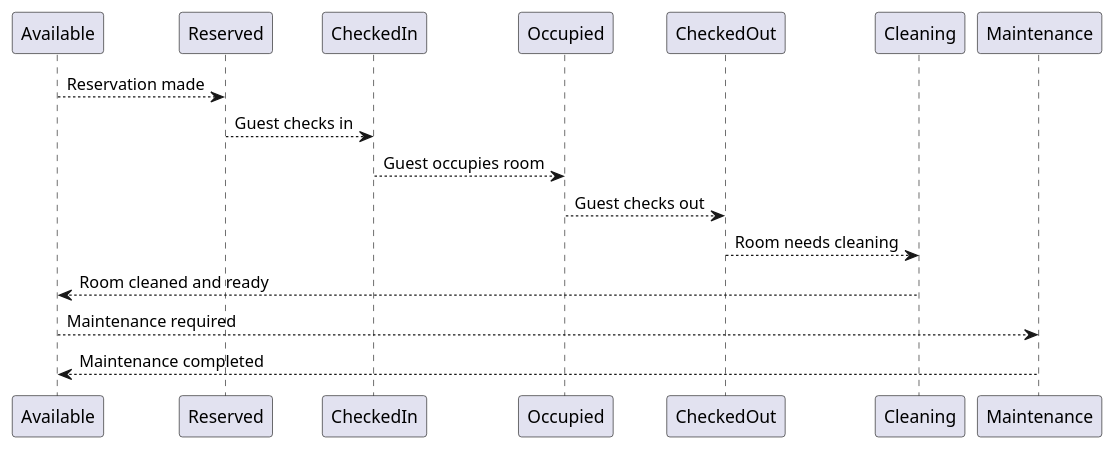
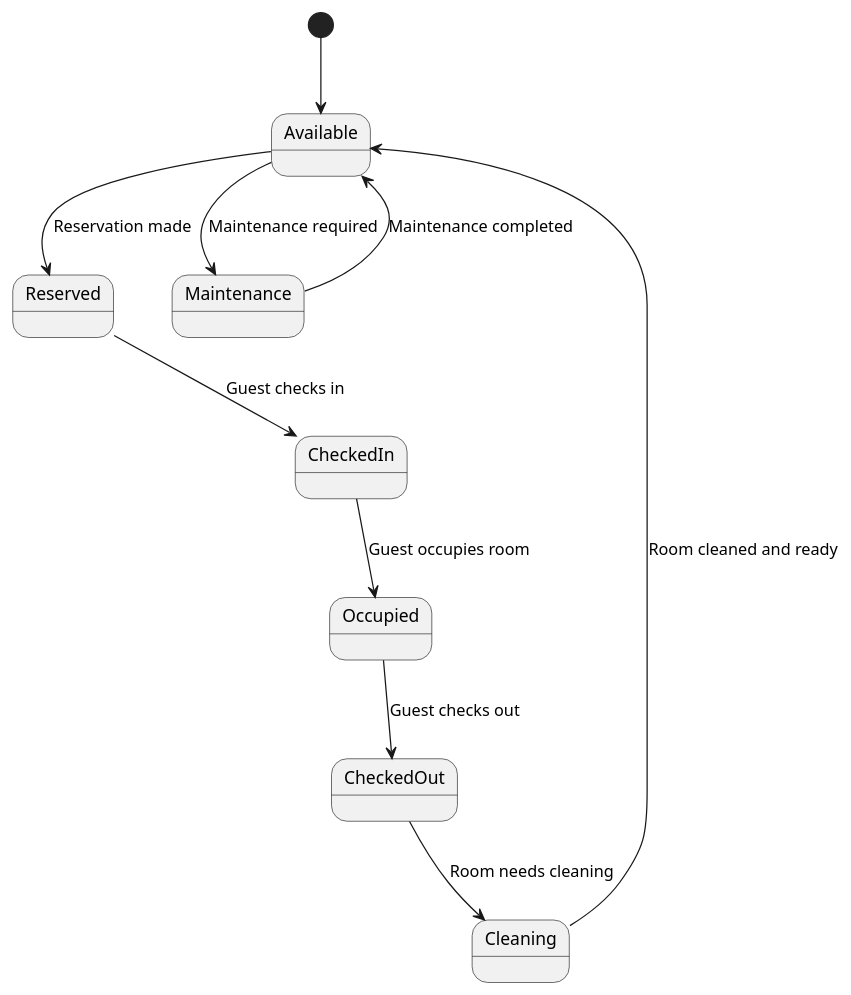
One commit to N-das/Hotel-UML-diagram changed the diagram in Hote.state.puml. Above: the diagram before and after it, drawn with PlantUML.

```diff
--- a/Hote.state.puml
+++ b/Hote.state.puml
@@ -1,13 +1,13 @@
 @startuml
-' [*] --> Available
+[*] --> Available
 
 Available --> Reserved : Reservation made
 Reserved --> CheckedIn : Guest checks in
 CheckedIn --> Occupied : Guest occupies room
 Occupied --> CheckedOut : Guest checks out
 CheckedOut --> Cleaning : Room needs cleaning
 Cleaning --> Available : Room cleaned and ready
 
 Available --> Maintenance : Maintenance required
 Maintenance --> Available : Maintenance completed
 @enduml
```
